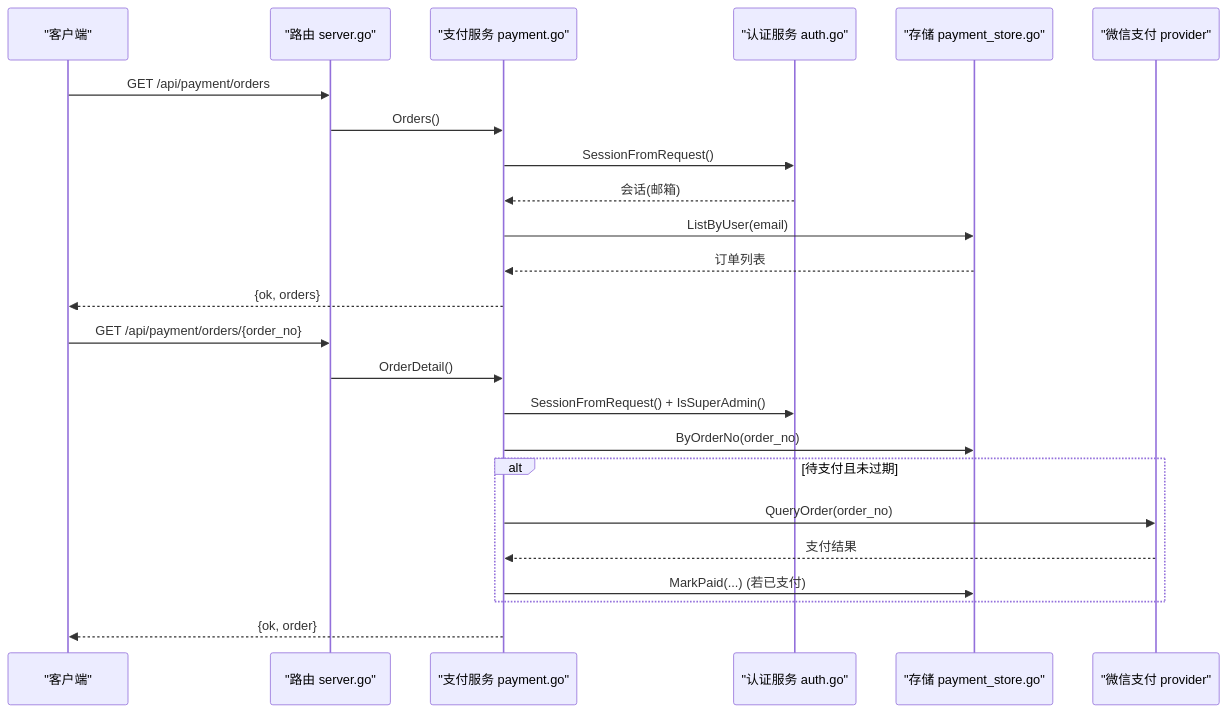
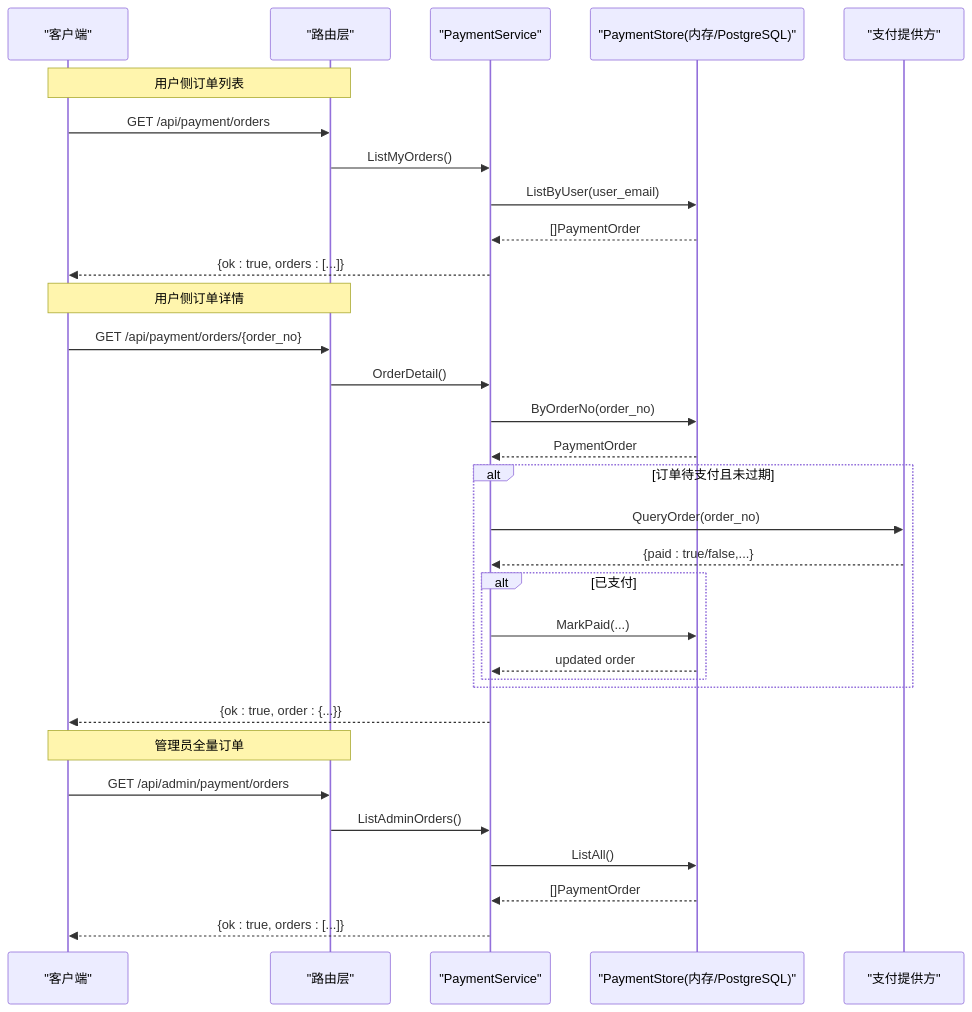
One commit to alvinwangzi/goodhr changed the third of 6 diagrams in .qoder/repowiki/zh/content/API接口文档/云端REST API/支付订阅API/订单管理接口.md. Above: the diagram before and after it, drawn with Mermaid. The commit also changed other lines of this file and 149 other files, not shown here.

````diff
--- a/.qoder/repowiki/zh/content/API接口文档/云端REST API/支付订阅API/订单管理接口.md
+++ b/.qoder/repowiki/zh/content/API接口文档/云端REST API/支付订阅API/订单管理接口.md
@@ -87,26 +111,34 @@
 ```mermaid
 sequenceDiagram
 participant C as "客户端"
-participant R as "路由 server.go"
-participant P as "支付服务 payment.go"
-participant A as "认证服务 auth.go"
-participant S as "存储 payment_store.go"
-participant W as "微信支付 provider"
+participant R as "路由层"
+participant S as "PaymentService"
+participant DB as "PaymentStore(内存/PostgreSQL)"
+participant P as "支付提供方"
+Note over C,R : 用户侧订单列表
 C->>R : GET /api/payment/orders
-R->>P : Orders()
-P->>A : SessionFromRequest()
-A-->>P : 会话(邮箱)
-P->>S : ListByUser(email)
-S-->>P : 订单列表
-P-->>C : {ok, orders}
+R->>S : ListMyOrders()
+S->>DB : ListByUser(user_email)
+DB-->>S : []PaymentOrder
+S-->>C : {ok : true, orders : [...]}
+Note over C,R : 用户侧订单详情
 C->>R : GET /api/payment/orders/{order_no}
-R->>P : OrderDetail()
-P->>A : SessionFromRequest() + IsSuperAdmin()
-P->>S : ByOrderNo(order_no)
-alt 待支付且未过期
-P->>W : QueryOrder(order_no)
-W-->>P : 支付结果
-P->>S : MarkPaid(...) (若已支付)
+R->>S : OrderDetail()
+S->>DB : ByOrderNo(order_no)
+DB-->>S : PaymentOrder
+alt 订单待支付且未过期
+S->>P : QueryOrder(order_no)
+P-->>S : {paid : true/false,...}
+alt 已支付
+S->>DB : MarkPaid(...)
+DB-->>S : updated order
 end
-P-->>C : {ok, order}
+end
+S-->>C : {ok : true, order : {...}}
+Note over C,R : 管理员全量订单
+C->>R : GET /api/admin/payment/orders
+R->>S : ListAdminOrders()
+S->>DB : ListAll()
+DB-->>S : []PaymentOrder
+S-->>C : {ok : true, orders : [...]}
 ```
````
